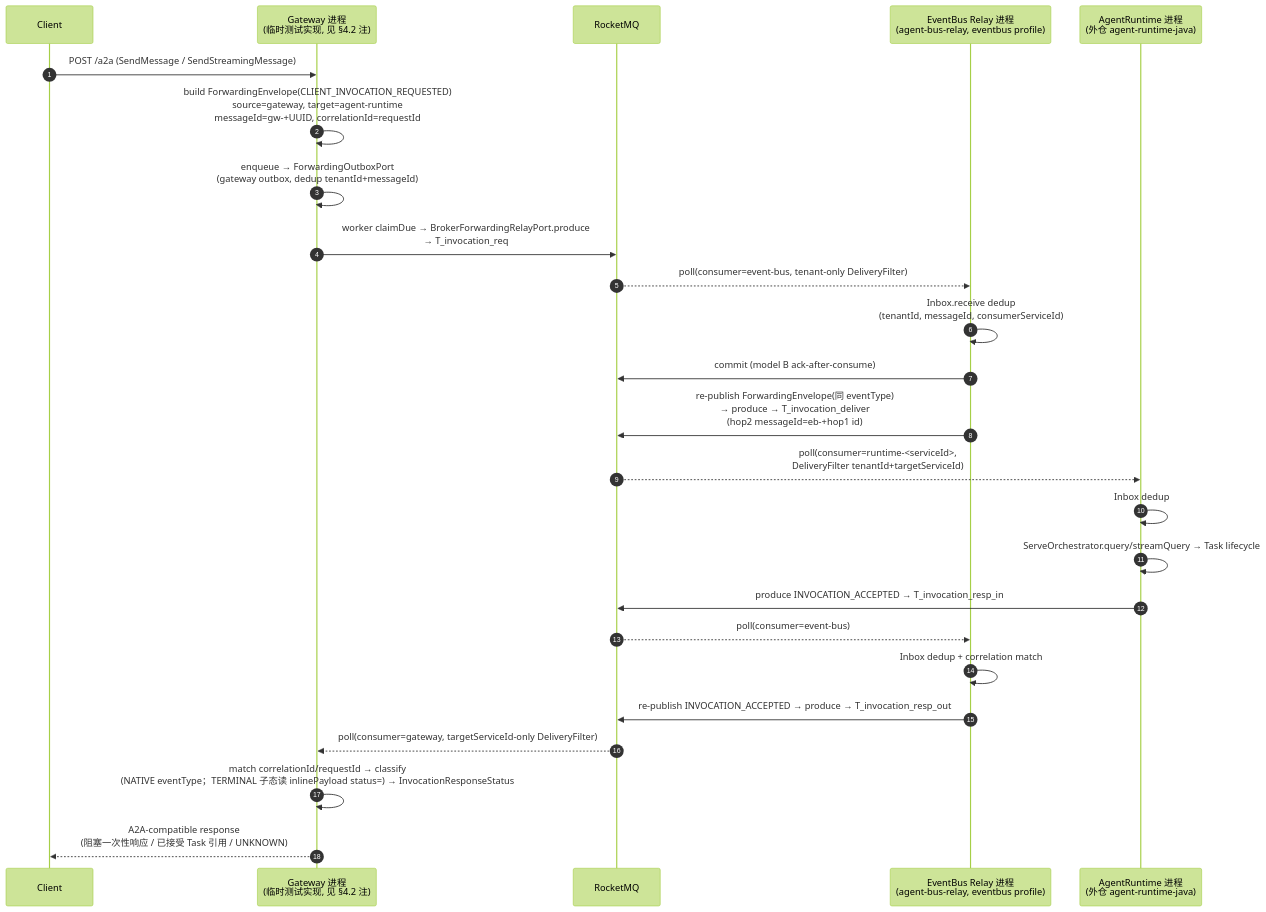
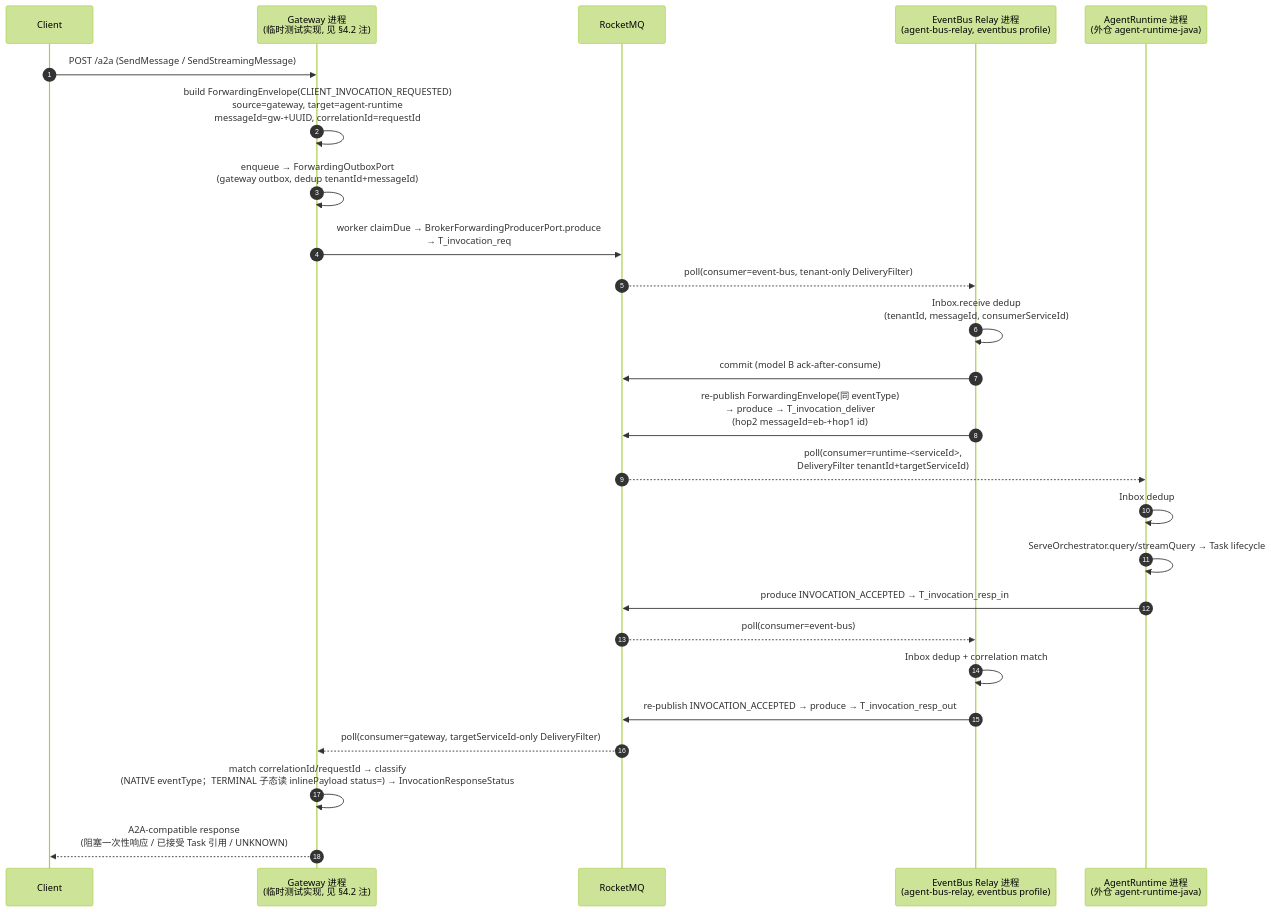
The first of 5 diagrams in architecture/L2-Low-Level-Design/agent-bus/feat-013-client-invocation-event-forwarding.md (chaosxingxc-orion/spring-ai-ascend), drawn with Mermaid (forest theme) before and after one commit. The commit also changed other lines of this file and 3 other files, not shown here.

````diff
--- a/architecture/L2-Low-Level-Design/agent-bus/feat-013-client-invocation-event-forwarding.md
+++ b/architecture/L2-Low-Level-Design/agent-bus/feat-013-client-invocation-event-forwarding.md
@@ -323,28 +326,28 @@
 ```mermaid
 sequenceDiagram
     autonumber
     participant C as Client
     participant GW as Gateway 进程<br/>(临时测试实现, 见 §4.2 注)
     participant MQ as RocketMQ
     participant EB as EventBus Relay 进程<br/>(agent-bus-relay, eventbus profile)
     participant RT as AgentRuntime 进程<br/>(外仓 agent-runtime-java)
 
     C->>GW: POST /a2a (SendMessage / SendStreamingMessage)
     GW->>GW: build ForwardingEnvelope(CLIENT_INVOCATION_REQUESTED)<br/>source=gateway, target=agent-runtime<br/>messageId=gw-+UUID, correlationId=requestId
     GW->>GW: enqueue → ForwardingOutboxPort<br/>(gateway outbox, dedup tenantId+messageId)
-    GW->>MQ: worker claimDue → BrokerForwardingRelayPort.produce<br/>→ T_invocation_req
+    GW->>MQ: worker claimDue → BrokerForwardingProducerPort.produce<br/>→ T_invocation_req
     MQ-->>EB: poll(consumer=event-bus, tenant-only DeliveryFilter)
     EB->>EB: Inbox.receive dedup<br/>(tenantId, messageId, consumerServiceId)
     EB->>MQ: commit (model B ack-after-consume)
     EB->>MQ: re-publish ForwardingEnvelope(同 eventType)<br/>→ produce → T_invocation_deliver<br/>(hop2 messageId=eb-+hop1 id)
     MQ-->>RT: poll(consumer=runtime-<serviceId>,<br/>DeliveryFilter tenantId+targetServiceId)
     RT->>RT: Inbox dedup
     RT->>RT: ServeOrchestrator.query/streamQuery → Task lifecycle
     RT->>MQ: produce INVOCATION_ACCEPTED → T_invocation_resp_in
     MQ-->>EB: poll(consumer=event-bus)
     EB->>EB: Inbox dedup + correlation match
     EB->>MQ: re-publish INVOCATION_ACCEPTED → produce → T_invocation_resp_out
     MQ-->>GW: poll(consumer=gateway, targetServiceId-only DeliveryFilter)
     GW->>GW: match correlationId/requestId → classify<br/>(NATIVE eventType；TERMINAL 子态读 inlinePayload status=) → InvocationResponseStatus
     GW-->>C: A2A-compatible response<br/>(阻塞一次性响应 / 已接受 Task 引用 / UNKNOWN)
 ```
````
